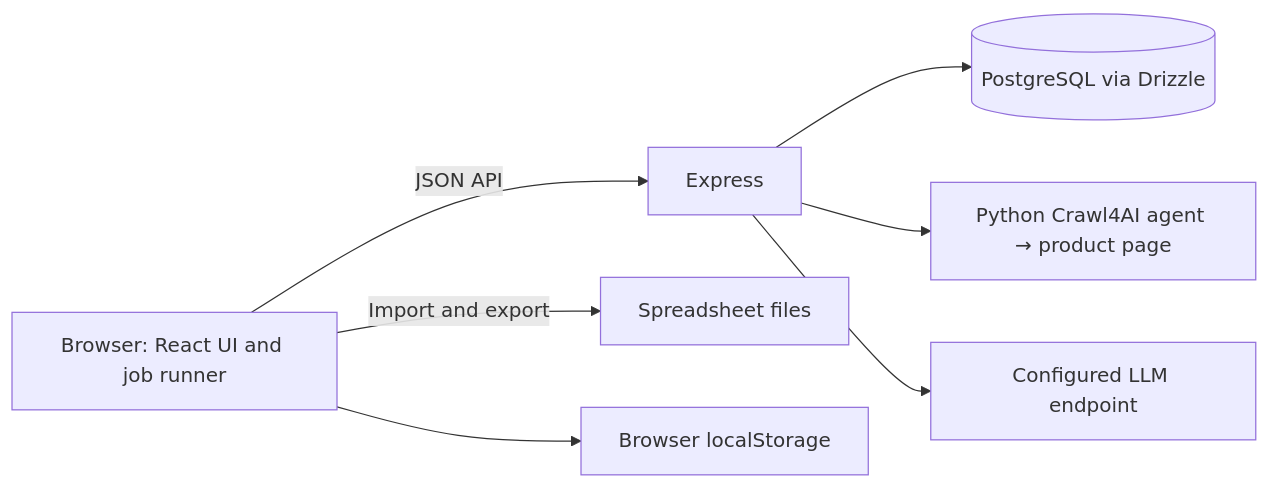
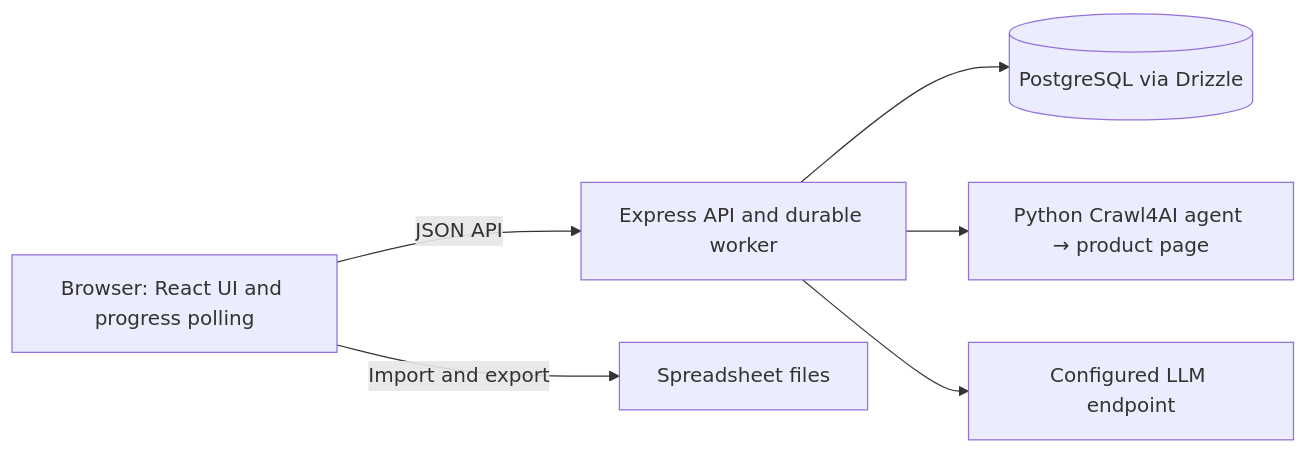
One commit to cardiojunkie/Paxth_Q.A_Engine changed the diagram in README.md. Above: the diagram before and after it, drawn with Mermaid. The commit also changed other lines of this file and 36 other files, not shown here.

````diff
--- a/README.md
+++ b/README.md
@@ -34,9 +34,8 @@
 ```mermaid
 flowchart LR
-    B[Browser: React UI and job runner] -->|JSON API| E[Express]
+    B[Browser: React UI and progress polling] -->|JSON API| E[Express API and durable worker]
     B -->|Import and export| X[Spreadsheet files]
-    B --> L[Browser localStorage]
     E --> D[(PostgreSQL via Drizzle)]
     E --> C[Python Crawl4AI agent → product page]
     E --> M[Configured LLM endpoint]
 ```
````
